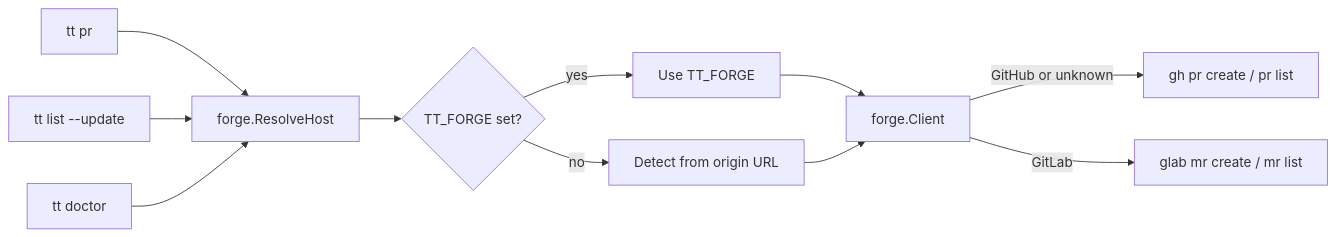
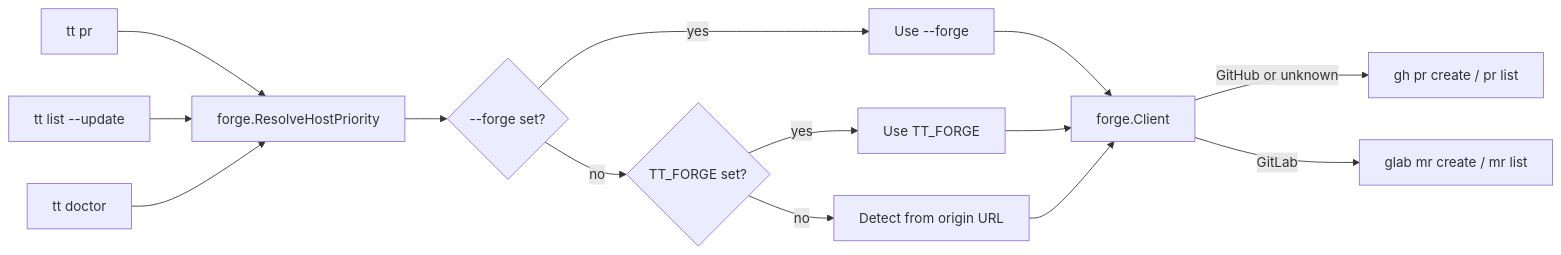
The diagram in prompts/phases/000-foundation/branches/feat-adjust-gitlab/ideas/001-GitLab-MR-Support.md (axsh/tokotachi), drawn with Mermaid before and after one commit. The commit also changed other lines of this file and 16 other files, not shown here.

Commit message:
feat(tt): add --forge CLI flag with host resolution priority and help

````diff
--- a/prompts/phases/000-foundation/branches/feat-adjust-gitlab/ideas/001-GitLab-MR-Support.md
+++ b/prompts/phases/000-foundation/branches/feat-adjust-gitlab/ideas/001-GitLab-MR-Support.md
@@ -99,13 +103,16 @@
 ```mermaid
 flowchart LR
-  ttPr["tt pr"] --> resolve["forge.ResolveHost"]
+  ttPr["tt pr"] --> resolve["forge.ResolveHostPriority"]
   ttList["tt list --update"] --> resolve
   ttDoctor["tt doctor"] --> resolve
-  resolve --> ttForge{"TT_FORGE set?"}
+  resolve --> forgeFlag{"--forge set?"}
+  forgeFlag -->|yes| useFlag["Use --forge"]
+  forgeFlag -->|no| ttForge{"TT_FORGE set?"}
   ttForge -->|yes| explicitHost["Use TT_FORGE"]
   ttForge -->|no| urlDetect["Detect from origin URL"]
-  explicitHost --> client["forge.Client"]
+  useFlag --> client["forge.Client"]
+  explicitHost --> client
   urlDetect --> client
   client -->|GitHub or unknown| ghOps["gh pr create / pr list"]
   client -->|GitLab| glabOps["glab mr create / mr list"]
 ```
````
